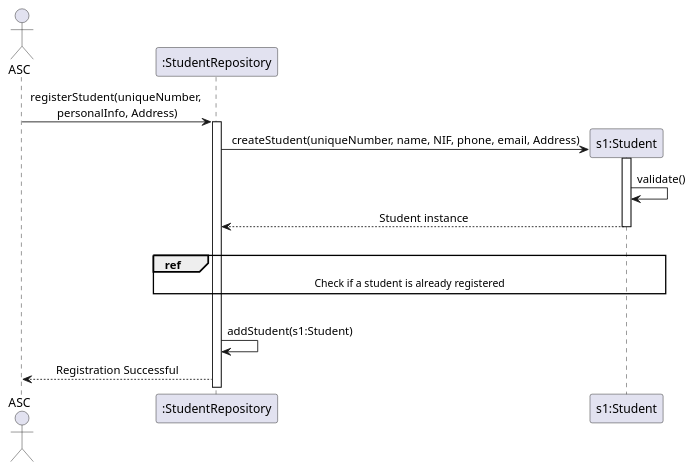
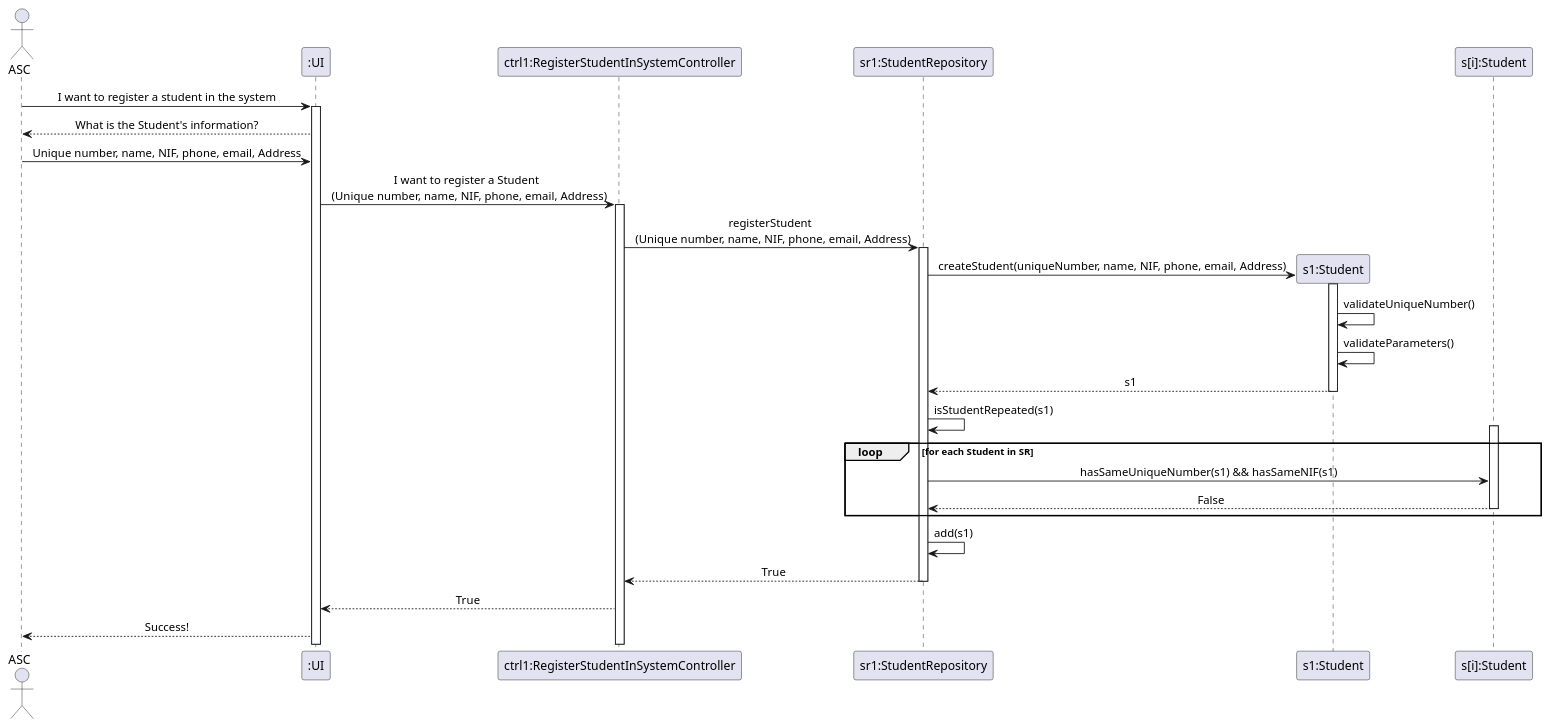
The diagram in docs/sequenceDiagrams/US08/US08_RegisterStudentInSystem.puml (GasparISEP/DevOps-PAI), drawn with PlantUML before and after one commit. The commit also changed 1 other file, not shown here.

Commit message:
Altered US08 Sequence Diagram Made correction to US08 SSD

```diff
--- a/docs/sequenceDiagrams/US08/US08_RegisterStudentInSystem.puml
+++ b/docs/sequenceDiagrams/US08/US08_RegisterStudentInSystem.puml
@@ -1,24 +1,43 @@
 @startuml
+
 skinparam sequenceMessageAlign center
 
 actor ASC
-participant ":StudentRepository" as SR
-participant "s1:Student" as Student
+participant ":UI" as UI
+participant "ctrl1:RegisterStudentInSystemController" as ctrl
+participant "sr1:StudentRepository" as SR
+participant "s1:Student" as Student1
+participant "s[i]:Student" as Student
 
-ASC -> SR: registerStudent(uniqueNumber, \npersonalInfo, Address)
+ASC -> UI: I want to register a student in the system
+activate UI
+UI --> ASC: What is the Student's information?
+ASC -> UI: Unique number, name, NIF, phone, email, Address
+UI -> ctrl: I want to register a Student \n (Unique number, name, NIF, phone, email, Address)
+activate ctrl
+ctrl -> SR: registerStudent \n (Unique number, name, NIF, phone, email, Address)
 activate SR
-create Student
-SR -> Student: createStudent(uniqueNumber, name, NIF, phone, email, Address)
-activate Student
-Student -> Student: validate()
-Student --> SR: Student instance
-|||
-ref over SR, Student
-    Check if a student is already registered
-end ref
 
-deactivate Student
-|||
-SR -> SR: addStudent(s1:Student)
-SR --> ASC: Registration Successful
+create Student1
+SR -> Student1: createStudent(uniqueNumber, name, NIF, phone, email, Address)
+activate Student1
+Student1 -> Student1: validateUniqueNumber()
+Student1 -> Student1: validateParameters()
+Student1 --> SR: s1
+deactivate Student1
+SR -> SR : isStudentRepeated(s1)
+
+loop for each Student in SR
+    activate Student
+    SR -> Student: hasSameUniqueNumber(s1) && hasSameNIF(s1)
+    Student --> SR : False
+    deactivate Student
+end
+
+SR -> SR: add(s1)
+SR --> ctrl: True
+deactivate SR
+ctrl --> UI: True
+UI --> ASC: Success!
+
 @enduml
```
